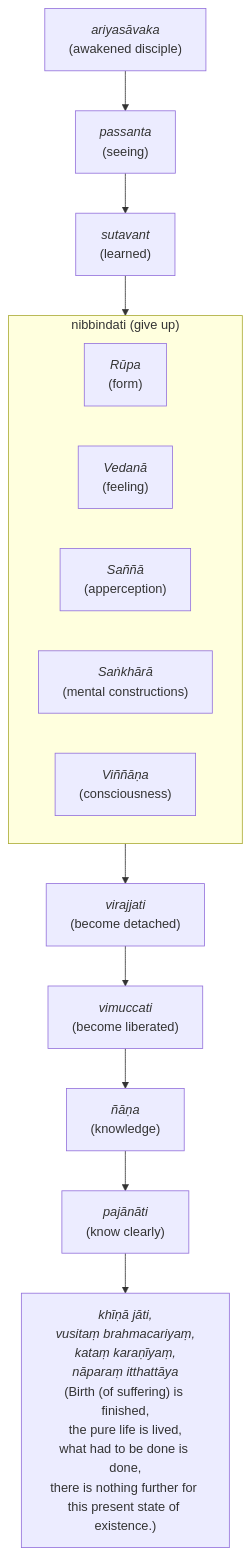
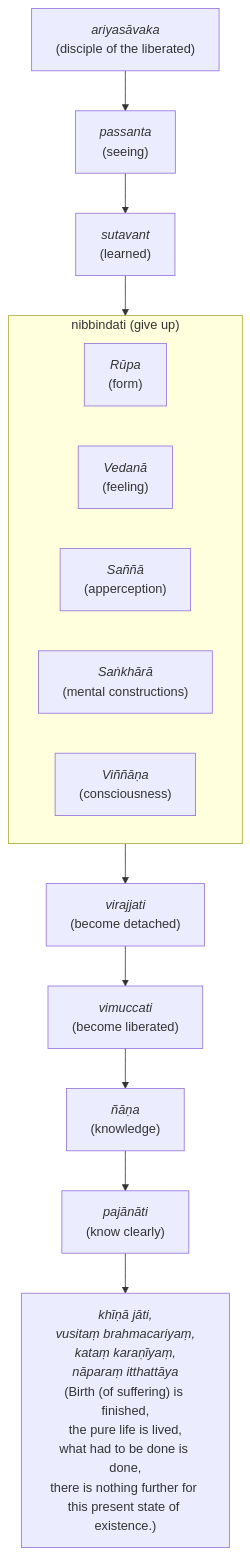
The second of 2 diagrams in src/content/docs/Sutta/collections.mdx (ChristineTham/buddhavacana), drawn with Mermaid before and after one commit. The commit also changed other lines of this file and 20 other files, not shown here.

First line of the commit message:
fix(content): ariyasāvaka "disciple of the liberated"; the plurals bhikkhuniyo, upāsakā, upāsikāyo

````diff
--- a/src/content/docs/Sutta/collections.mdx
+++ b/src/content/docs/Sutta/collections.mdx
@@ -191,37 +191,37 @@
 ```mermaid
 graph
   A["`*ariyasāvaka*
-  (awakened disciple)`"] --> P
+  (disciple of the liberated)`"] --> P
   P["`*passanta*
   (seeing)`"] --> A0
   A0["`*sutavant*
   (learned)`"] --> A1
 subgraph A1["nibbindati (give up)"]
     R["`*Rūpa*
     (form)`"]
     V["`*Vedanā*
     (feeling)`"]
     S["`*Saññā*
     (apperception)`"]
     S2["`*Saṅkhārā*
     (mental constructions)`"]
     V2["`*Viññāṇa*
     (consciousness)`"]
   end
 A1 --> A2["`*virajjati*
 (become detached)`"] -->
 A3["`*vimuccati*
 (become liberated)`"] -->
 A4["`*ñāṇa*
 (knowledge)`"] -->
 A5["`*pajānāti*
 (know clearly)`"] -->
 A6["`*khīṇā jāti,
 vusitaṃ brahmacariyaṃ,
 kataṃ karaṇīyaṃ,
 nāparaṃ itthattāya*
 (Birth (of suffering) is finished,
 the pure life is lived,
 what had to be done is done,
 there is nothing further for this present state of existence.)`"]
 ```
````
